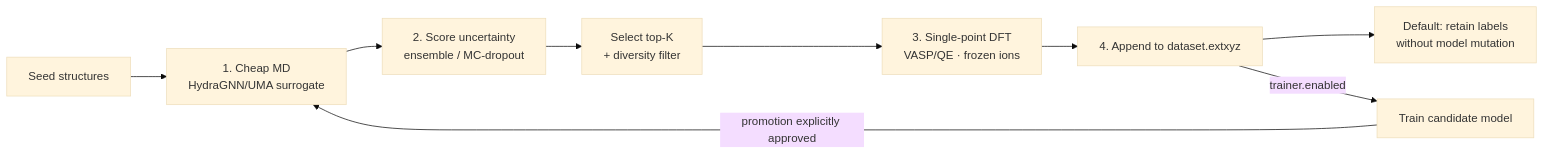
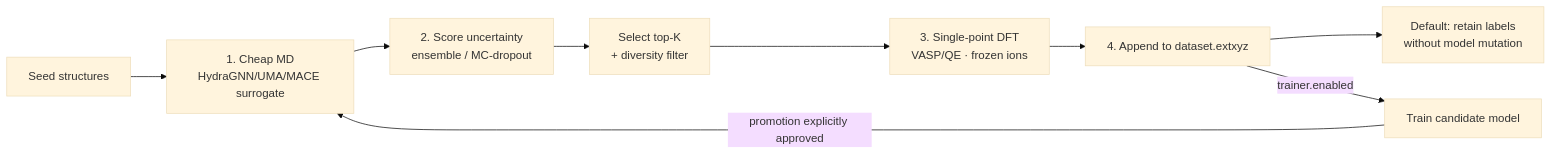
One commit to ORNL/matsim-agents changed the first of 2 diagrams in examples/active_learning/README.md. Above: the diagram before and after it, drawn with Mermaid (base theme). The commit also changed other lines of this file and 131 other files, not shown here.

````diff
--- a/examples/active_learning/README.md
+++ b/examples/active_learning/README.md
@@ -57,11 +57,11 @@
 ```mermaid
 flowchart LR
-  S[Seed structures] --> MD[1. Cheap MD<br/>HydraGNN/UMA surrogate]
+  S[Seed structures] --> MD[1. Cheap MD<br/>HydraGNN/UMA/MACE surrogate]
   MD --> UQ[2. Score uncertainty<br/>ensemble / MC-dropout]
   UQ --> SEL[Select top-K<br/>+ diversity filter]
   SEL --> DFT[3. Single-point DFT<br/>VASP/QE · frozen ions]
   DFT --> DS[4. Append to dataset.extxyz]
   DS --> STOP[Default: retain labels<br/>without model mutation]
   DS -->|trainer.enabled| RT[Train candidate model]
   RT -->|promotion explicitly approved| MD
 ```
````
